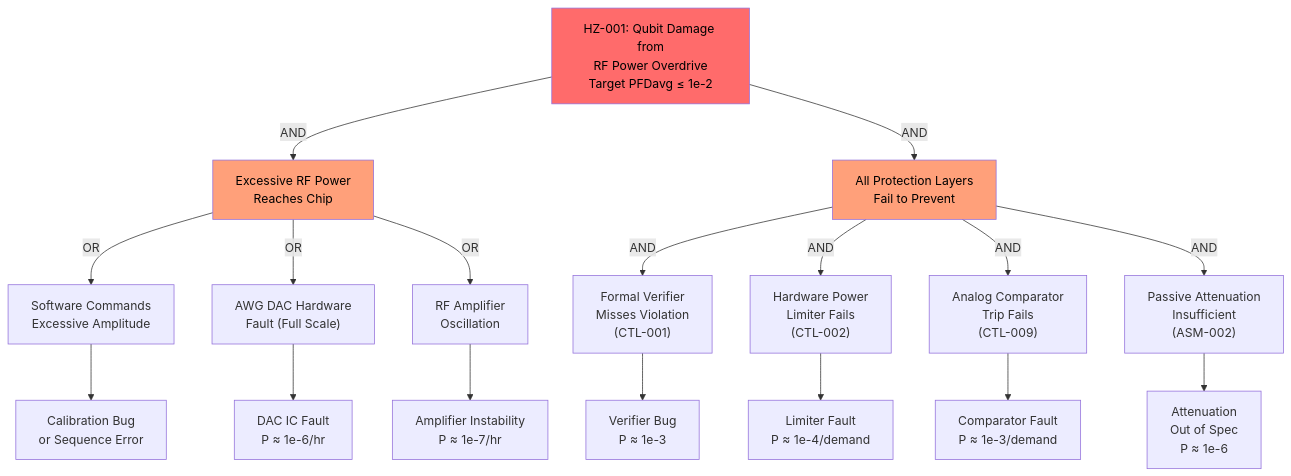
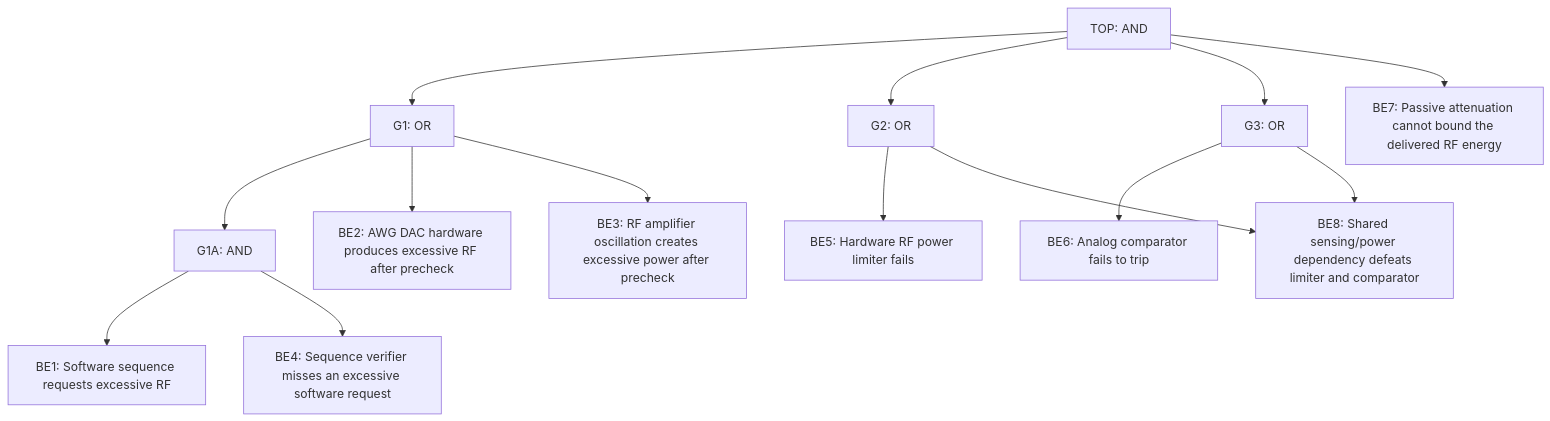
Before and after one commit to ajhcs/mbse-agents: the diagram in examples/electronic-systems/quantum-processor-control/hazard-analysis.md, drawn with Mermaid. The commit also changed other lines of this file and 1342 other files, not shown here.

````diff
--- a/examples/electronic-systems/quantum-processor-control/hazard-analysis.md
+++ b/examples/electronic-systems/quantum-processor-control/hazard-analysis.md
@@ -103,28 +105,29 @@
 ```mermaid
-graph TD
-    TOP["HZ-001: Qubit Damage from<br/>RF Power Overdrive<br/>Target PFDavg ≤ 1e-2"]
-    TOP -->|AND| G1["Excessive RF Power<br/>Reaches Chip"]
-    TOP -->|AND| G2["All Protection Layers<br/>Fail to Prevent"]
-
-    G1 -->|OR| G1A["Software Commands<br/>Excessive Amplitude"]
-    G1 -->|OR| G1B["AWG DAC Hardware<br/>Fault (Full Scale)"]
-    G1 -->|OR| G1C["RF Amplifier<br/>Oscillation"]
-
-    G1A --> BE1["Calibration Bug<br/>or Sequence Error"]
-    G1B --> BE2["DAC IC Fault<br/>P ≈ 1e-6/hr"]
-    G1C --> BE3["Amplifier Instability<br/>P ≈ 1e-7/hr"]
-
-    G2 -->|AND| G2A["Formal Verifier<br/>Misses Violation<br/>(CTL-001)"]
-    G2 -->|AND| G2B["Hardware Power<br/>Limiter Fails<br/>(CTL-002)"]
-    G2 -->|AND| G2C["Analog Comparator<br/>Trip Fails<br/>(CTL-009)"]
-    G2 -->|AND| G2D["Passive Attenuation<br/>Insufficient<br/>(ASM-002)"]
-
-    G2A --> BE4["Verifier Bug<br/>P ≈ 1e-3"]
-    G2B --> BE5["Limiter Fault<br/>P ≈ 1e-4/demand"]
-    G2C --> BE6["Comparator Fault<br/>P ≈ 1e-3/demand"]
-    G2D --> BE7["Attenuation<br/>Out of Spec<br/>P ≈ 1e-6"]
-
-    style TOP fill:#ff6b6b,color:#000
-    style G1 fill:#ffa07a,color:#000
-    style G2 fill:#ffa07a,color:#000
+flowchart TD
+  BE1["BE1: Software sequence requests excessive RF"]
+  BE2["BE2: AWG DAC hardware produces excessive RF after precheck"]
+  BE3["BE3: RF amplifier oscillation creates excessive power after precheck"]
+  BE4["BE4: Sequence verifier misses an excessive software request"]
+  BE5["BE5: Hardware RF power limiter fails"]
+  BE6["BE6: Analog comparator fails to trip"]
+  BE7["BE7: Passive attenuation cannot bound the delivered RF energy"]
+  BE8["BE8: Shared sensing/power dependency defeats limiter and comparator"]
+  G1A["G1A: AND"]
+  G1A --> BE1
+  G1A --> BE4
+  G1["G1: OR"]
+  G1 --> G1A
+  G1 --> BE2
+  G1 --> BE3
+  G2["G2: OR"]
+  G2 --> BE5
+  G2 --> BE8
+  G3["G3: OR"]
+  G3 --> BE6
+  G3 --> BE8
+  TOP["TOP: AND"]
+  TOP --> G1
+  TOP --> G2
+  TOP --> G3
+  TOP --> BE7
 ```
````
